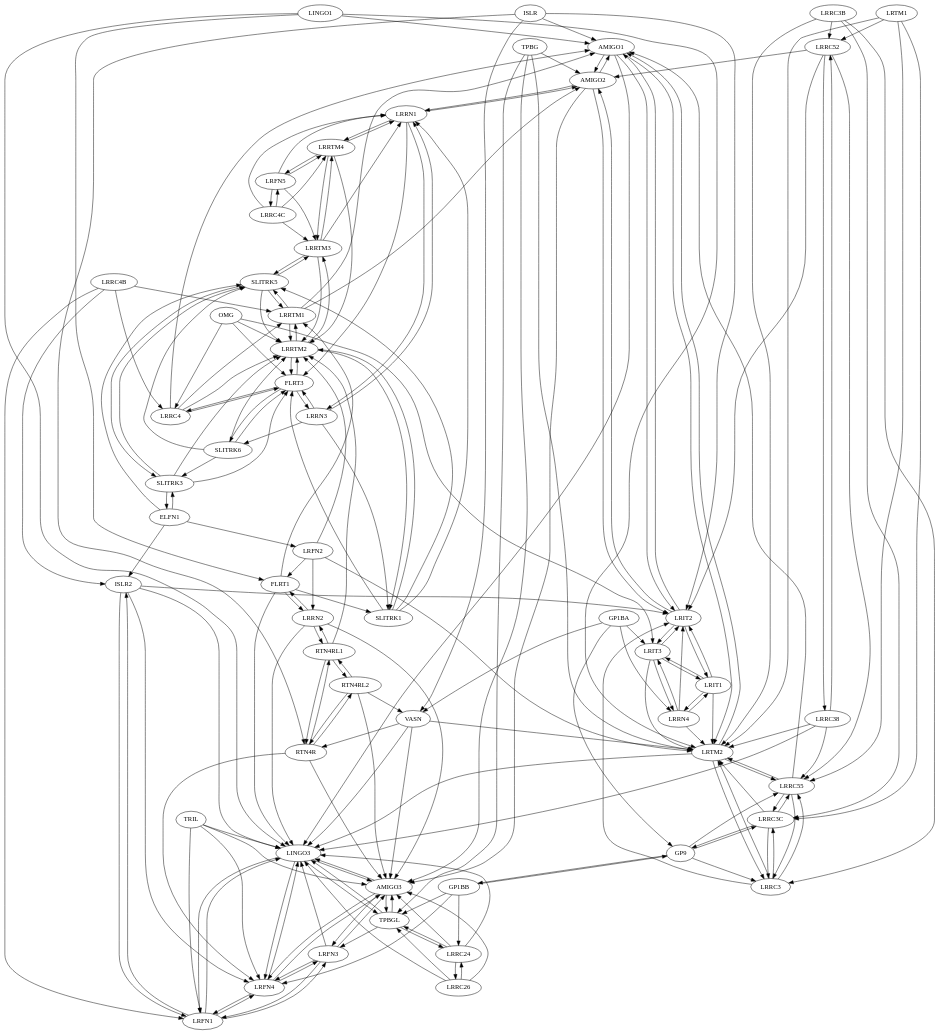
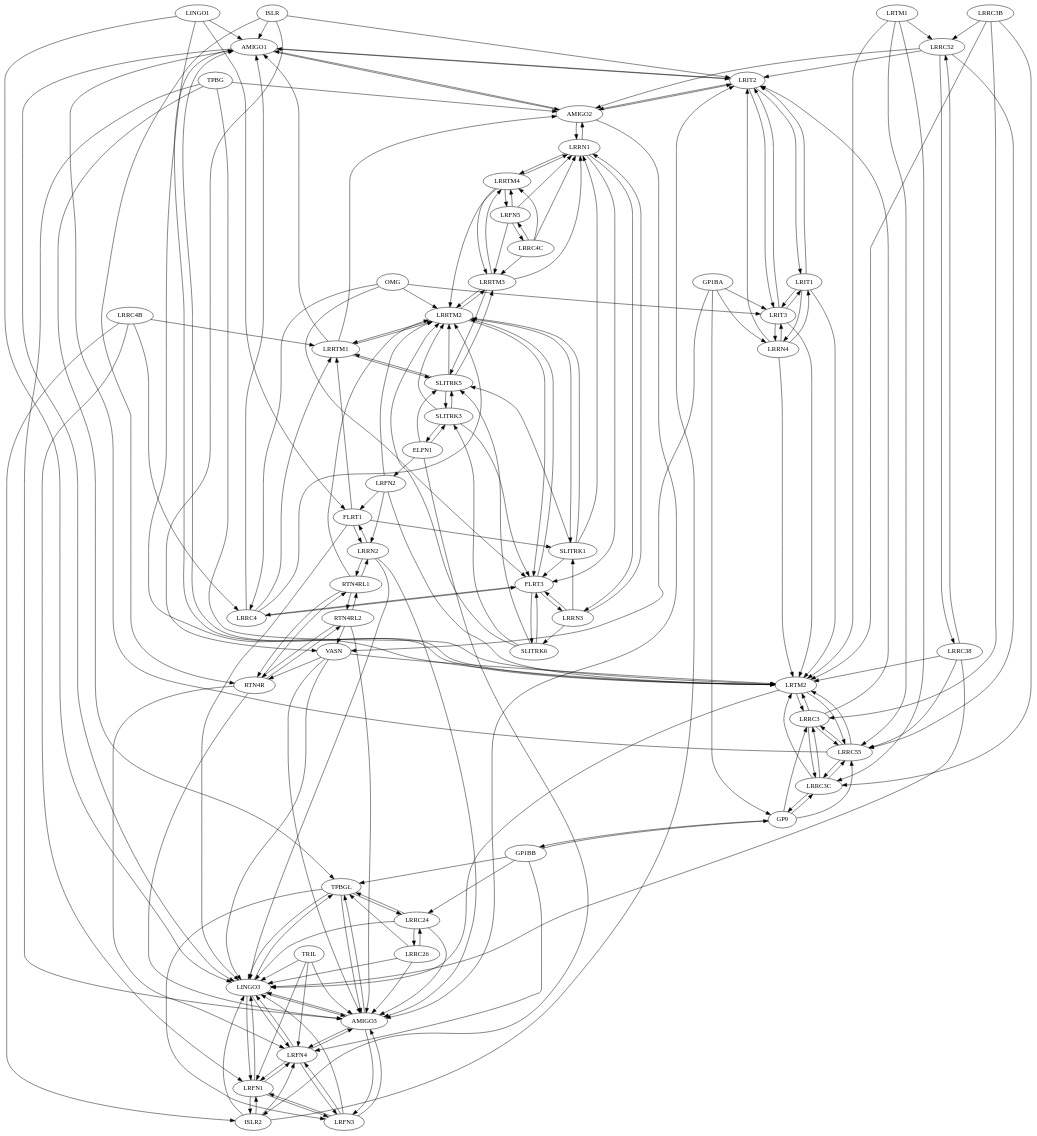
One commit to leonfrench/map-of-proteins-data changed the diagram in v6/graphs/84.graph.dot. Above: the diagram before and after it, drawn with Graphviz. The commit also changed 457 other files, not shown here.

```diff
--- a/v6/graphs/84.graph.dot
+++ b/v6/graphs/84.graph.dot
@@ -1,272 +1,272 @@
 digraph G {
-"AMIGO1" ["l"="95.722893,19.302599"]
-"AMIGO2" ["l"="94.985954,19.544884"]
-"AMIGO3" ["l"="94.842705,19.633533"]
-"ELFN1" ["l"="95.436813,19.746744"]
-"FLRT1" ["l"="95.468246,19.938883"]
-"FLRT3" ["l"="96.087975,20.035757"]
-"GP1BA" ["l"="94.647476,19.389175"]
-"GP1BB" ["l"="94.599190,19.426636"]
-"GP9" ["l"="94.403702,19.512655"]
-"ISLR" ["l"="94.782143,19.689484"]
-"ISLR2" ["l"="94.961746,19.440598"]
-"LINGO1" ["l"="95.532852,19.788317"]
-"LINGO3" ["l"="95.089470,19.718798"]
-"LRFN1" ["l"="95.128059,19.589090"]
-"LRFN2" ["l"="96.114090,19.429495"]
-"LRFN3" ["l"="94.818390,19.486101"]
-"LRFN4" ["l"="95.076668,19.582232"]
-"LRFN5" ["l"="96.132149,19.957636"]
-"LRIT1" ["l"="95.006203,19.307615"]
-"LRIT2" ["l"="94.318985,19.514246"]
-"LRIT3" ["l"="93.681992,18.850065"]
-"LRRC24" ["l"="94.612083,19.503046"]
-"LRRC26" ["l"="95.204956,19.672640"]
-"LRRC3" ["l"="94.648201,19.658979"]
-"LRRC38" ["l"="94.442505,19.412777"]
-"LRRC3B" ["l"="95.294983,19.452398"]
-"LRRC3C" ["l"="94.596710,19.572924"]
-"LRRC4" ["l"="95.877541,19.843510"]
-"LRRC4B" ["l"="95.493294,19.675047"]
-"LRRC4C" ["l"="96.638672,20.041033"]
-"LRRC52" ["l"="94.677856,19.499001"]
-"LRRC55" ["l"="95.003410,19.499233"]
-"LRRN1" ["l"="95.851990,19.890015"]
-"LRRN2" ["l"="95.283981,19.956097"]
-"LRRN3" ["l"="96.390083,20.158596"]
-"LRRN4" ["l"="94.823891,19.469584"]
-"LRRTM1" ["l"="95.968201,19.706749"]
-"LRRTM2" ["l"="95.965118,19.932671"]
-"LRRTM3" ["l"="96.633636,20.072645"]
-"LRRTM4" ["l"="97.013184,19.773424"]
-"LRTM1" ["l"="95.259346,19.648645"]
-"LRTM2" ["l"="95.097336,19.546936"]
-"OMG" ["l"="95.505775,19.715076"]
-"RTN4R" ["l"="95.209625,19.653223"]
-"RTN4RL1" ["l"="96.122055,19.518040"]
-"RTN4RL2" ["l"="95.081413,19.910637"]
-"SLITRK1" ["l"="95.625626,19.957966"]
-"SLITRK3" ["l"="96.152061,19.802523"]
-"SLITRK5" ["l"="96.578278,20.005308"]
-"SLITRK6" ["l"="96.634270,20.089108"]
-"TPBG" ["l"="95.136917,19.758223"]
-"TPBGL" ["l"="95.092972,19.570196"]
-"TRIL" ["l"="95.083435,19.626377"]
-"VASN" ["l"="94.512787,19.592710"]
-"AMIGO1" -> "LRIT2"
-"AMIGO1" -> "LRTM2"
-"AMIGO1" -> "AMIGO2"
-"AMIGO1" -> "LINGO3"
-"AMIGO2" -> "LRIT2"
-"AMIGO2" -> "AMIGO1"
-"AMIGO2" -> "AMIGO3"
-"AMIGO2" -> "LRRN1"
-"AMIGO3" -> "LINGO3"
-"AMIGO3" -> "LRFN3"
-"AMIGO3" -> "TPBGL"
-"AMIGO3" -> "LRFN4"
-"ELFN1" -> "SLITRK3"
-"ELFN1" -> "SLITRK5"
-"ELFN1" -> "ISLR2"
-"ELFN1" -> "LRFN2"
-"FLRT1" -> "LRRN2"
-"FLRT1" -> "LINGO3"
-"FLRT1" -> "LRRTM1"
-"FLRT1" -> "SLITRK1"
-"FLRT3" -> "LRRTM2"
-"FLRT3" -> "LRRC4"
-"FLRT3" -> "SLITRK6"
-"FLRT3" -> "LRRN3"
-"GP1BA" -> "LRRN4"
-"GP1BA" -> "VASN"
-"GP1BA" -> "LRIT3"
-"GP1BA" -> "GP9"
-"GP1BB" -> "GP9"
-"GP1BB" -> "TPBGL"
-"GP1BB" -> "LRRC24"
-"GP1BB" -> "LRFN4"
-"GP9" -> "LRRC3C"
-"GP9" -> "LRRC55"
-"GP9" -> "LRRC3"
-"GP9" -> "GP1BB"
-"ISLR" -> "LRIT2"
-"ISLR" -> "AMIGO1"
-"ISLR" -> "RTN4R"
-"ISLR" -> "VASN"
-"ISLR2" -> "LRFN1"
-"ISLR2" -> "LRFN4"
-"ISLR2" -> "LRIT2"
-"ISLR2" -> "LINGO3"
-"LINGO1" -> "LINGO3"
-"LINGO1" -> "AMIGO1"
-"LINGO1" -> "FLRT1"
-"LINGO1" -> "LRTM2"
-"LINGO3" -> "LRFN4"
-"LINGO3" -> "TPBGL"
-"LINGO3" -> "AMIGO3"
-"LINGO3" -> "LRFN1"
-"LRFN1" -> "LRFN3"
-"LRFN1" -> "LRFN4"
-"LRFN1" -> "ISLR2"
-"LRFN1" -> "LINGO3"
-"LRFN2" -> "FLRT1"
-"LRFN2" -> "LRRN2"
-"LRFN2" -> "LRTM2"
-"LRFN2" -> "LRRTM2"
-"LRFN3" -> "LRFN4"
-"LRFN3" -> "LRFN1"
-"LRFN3" -> "AMIGO3"
-"LRFN3" -> "LINGO3"
-"LRFN4" -> "LRFN3"
-"LRFN4" -> "LRFN1"
-"LRFN4" -> "LINGO3"
-"LRFN4" -> "AMIGO3"
-"LRFN5" -> "LRRTM4"
-"LRFN5" -> "LRRN1"
-"LRFN5" -> "LRRC4C"
-"LRFN5" -> "LRRTM3"
-"LRIT1" -> "LRIT2"
-"LRIT1" -> "LRRN4"
-"LRIT1" -> "LRIT3"
-"LRIT1" -> "LRTM2"
-"LRIT2" -> "LRIT3"
-"LRIT2" -> "AMIGO2"
-"LRIT2" -> "LRIT1"
-"LRIT2" -> "AMIGO1"
-"LRIT3" -> "LRIT2"
-"LRIT3" -> "LRIT1"
-"LRIT3" -> "LRTM2"
-"LRIT3" -> "LRRN4"
-"LRRC24" -> "AMIGO3"
-"LRRC24" -> "LINGO3"
-"LRRC24" -> "TPBGL"
-"LRRC24" -> "LRRC26"
-"LRRC26" -> "LRRC24"
-"LRRC26" -> "TPBGL"
-"LRRC26" -> "AMIGO3"
-"LRRC26" -> "LINGO3"
-"LRRC3" -> "LRRC55"
-"LRRC3" -> "LRTM2"
-"LRRC3" -> "LRIT2"
-"LRRC3" -> "LRRC3C"
-"LRRC38" -> "LRRC52"
-"LRRC38" -> "LRRC55"
-"LRRC38" -> "LRTM2"
-"LRRC38" -> "LINGO3"
-"LRRC3B" -> "LRTM2"
-"LRRC3B" -> "LRRC3"
-"LRRC3B" -> "LRRC52"
-"LRRC3B" -> "LRRC3C"
-"LRRC3C" -> "LRRC55"
-"LRRC3C" -> "LRTM2"
-"LRRC3C" -> "LRRC3"
-"LRRC3C" -> "GP9"
-"LRRC4" -> "FLRT3"
-"LRRC4" -> "AMIGO1"
-"LRRC4" -> "LRRTM2"
-"LRRC4" -> "LRRTM1"
-"LRRC4B" -> "ISLR2"
-"LRRC4B" -> "LRFN1"
-"LRRC4B" -> "LRRC4"
-"LRRC4B" -> "LRRTM1"
-"LRRC4C" -> "LRRTM4"
-"LRRC4C" -> "LRRTM3"
-"LRRC4C" -> "LRFN5"
-"LRRC4C" -> "LRRN1"
-"LRRC52" -> "LRRC38"
-"LRRC52" -> "LRRC55"
-"LRRC52" -> "AMIGO2"
-"LRRC52" -> "LRIT2"
-"LRRC55" -> "LRRC3"
-"LRRC55" -> "LRTM2"
-"LRRC55" -> "LRRC3C"
-"LRRC55" -> "AMIGO1"
-"LRRN1" -> "LRRN3"
-"LRRN1" -> "FLRT3"
-"LRRN1" -> "AMIGO2"
-"LRRN1" -> "LRRTM4"
-"LRRN2" -> "LINGO3"
-"LRRN2" -> "FLRT1"
-"LRRN2" -> "AMIGO3"
-"LRRN2" -> "RTN4RL1"
-"LRRN3" -> "LRRN1"
-"LRRN3" -> "FLRT3"
-"LRRN3" -> "SLITRK6"
-"LRRN3" -> "SLITRK1"
-"LRRN4" -> "LRIT1"
-"LRRN4" -> "LRIT2"
-"LRRN4" -> "LRTM2"
-"LRRN4" -> "LRIT3"
-"LRRTM1" -> "LRRTM2"
-"LRRTM1" -> "AMIGO1"
-"LRRTM1" -> "SLITRK5"
-"LRRTM1" -> "AMIGO2"
-"LRRTM2" -> "LRRTM3"
-"LRRTM2" -> "SLITRK1"
-"LRRTM2" -> "LRRTM1"
-"LRRTM2" -> "FLRT3"
-"LRRTM3" -> "LRRTM4"
-"LRRTM3" -> "LRRTM2"
-"LRRTM3" -> "SLITRK5"
-"LRRTM3" -> "LRRN1"
-"LRRTM4" -> "LRRTM3"
-"LRRTM4" -> "LRFN5"
-"LRRTM4" -> "LRRN1"
-"LRRTM4" -> "LRRTM2"
-"LRTM1" -> "LRRC55"
-"LRTM1" -> "LRTM2"
-"LRTM1" -> "LRRC52"
-"LRTM1" -> "LRRC3C"
-"LRTM2" -> "LRRC55"
-"LRTM2" -> "AMIGO1"
-"LRTM2" -> "LRRC3"
-"LRTM2" -> "LINGO3"
-"OMG" -> "LRIT3"
-"OMG" -> "LRRTM2"
-"OMG" -> "LRRC4"
-"OMG" -> "FLRT3"
-"RTN4R" -> "RTN4RL2"
-"RTN4R" -> "RTN4RL1"
-"RTN4R" -> "AMIGO3"
-"RTN4R" -> "LRFN4"
-"RTN4RL1" -> "RTN4R"
-"RTN4RL1" -> "RTN4RL2"
-"RTN4RL1" -> "LRRTM2"
-"RTN4RL1" -> "LRRN2"
-"RTN4RL2" -> "RTN4R"
-"RTN4RL2" -> "RTN4RL1"
-"RTN4RL2" -> "AMIGO3"
-"RTN4RL2" -> "VASN"
-"SLITRK1" -> "LRRTM2"
-"SLITRK1" -> "LRRN1"
-"SLITRK1" -> "SLITRK5"
-"SLITRK1" -> "FLRT3"
-"SLITRK3" -> "SLITRK5"
-"SLITRK3" -> "ELFN1"
-"SLITRK3" -> "FLRT3"
-"SLITRK3" -> "LRRTM2"
-"SLITRK5" -> "SLITRK3"
-"SLITRK5" -> "LRRTM2"
-"SLITRK5" -> "LRRTM3"
-"SLITRK5" -> "LRRTM1"
-"SLITRK6" -> "FLRT3"
-"SLITRK6" -> "SLITRK5"
-"SLITRK6" -> "SLITRK3"
-"SLITRK6" -> "LRRTM2"
-"TPBG" -> "AMIGO3"
-"TPBG" -> "AMIGO2"
-"TPBG" -> "LRTM2"
-"TPBG" -> "TPBGL"
-"TPBGL" -> "LINGO3"
-"TPBGL" -> "AMIGO3"
-"TPBGL" -> "LRFN3"
-"TPBGL" -> "LRRC24"
-"TRIL" -> "AMIGO3"
-"TRIL" -> "LRFN4"
-"TRIL" -> "LINGO3"
-"TRIL" -> "LRFN1"
-"VASN" -> "LINGO3"
-"VASN" -> "AMIGO3"
-"VASN" -> "RTN4R"
-"VASN" -> "LRTM2"
+"AMIGO1" -> "LRIT2";
+"AMIGO1" -> "LRTM2";
+"AMIGO1" -> "AMIGO2";
+"AMIGO1" -> "LINGO3";
+"AMIGO2" -> "LRIT2";
+"AMIGO2" -> "AMIGO1";
+"AMIGO2" -> "AMIGO3";
+"AMIGO2" -> "LRRN1";
+"AMIGO3" -> "LINGO3";
+"AMIGO3" -> "LRFN3";
+"AMIGO3" -> "TPBGL";
+"AMIGO3" -> "LRFN4";
+"ELFN1" -> "SLITRK3";
+"ELFN1" -> "SLITRK5";
+"ELFN1" -> "ISLR2";
+"ELFN1" -> "LRFN2";
+"FLRT1" -> "LRRN2";
+"FLRT1" -> "LINGO3";
+"FLRT1" -> "LRRTM1";
+"FLRT1" -> "SLITRK1";
+"FLRT3" -> "LRRTM2";
+"FLRT3" -> "LRRC4";
+"FLRT3" -> "SLITRK6";
+"FLRT3" -> "LRRN3";
+"GP1BA" -> "LRRN4";
+"GP1BA" -> "VASN";
+"GP1BA" -> "LRIT3";
+"GP1BA" -> "GP9";
+"GP1BB" -> "GP9";
+"GP1BB" -> "TPBGL";
+"GP1BB" -> "LRRC24";
+"GP1BB" -> "LRFN4";
+"GP9" -> "LRRC3C";
+"GP9" -> "LRRC55";
+"GP9" -> "LRRC3";
+"GP9" -> "GP1BB";
+"ISLR" -> "LRIT2";
+"ISLR" -> "AMIGO1";
+"ISLR" -> "RTN4R";
+"ISLR" -> "VASN";
+"ISLR2" -> "LRFN1";
+"ISLR2" -> "LRFN4";
+"ISLR2" -> "LRIT2";
+"ISLR2" -> "LINGO3";
+"LINGO1" -> "LINGO3";
+"LINGO1" -> "AMIGO1";
+"LINGO1" -> "FLRT1";
+"LINGO1" -> "LRTM2";
+"LINGO3" -> "LRFN4";
+"LINGO3" -> "TPBGL";
+"LINGO3" -> "AMIGO3";
+"LINGO3" -> "LRFN1";
+"LRFN1" -> "LRFN3";
+"LRFN1" -> "LRFN4";
+"LRFN1" -> "ISLR2";
+"LRFN1" -> "LINGO3";
+"LRFN2" -> "FLRT1";
+"LRFN2" -> "LRRN2";
+"LRFN2" -> "LRTM2";
+"LRFN2" -> "LRRTM2";
+"LRFN3" -> "LRFN4";
+"LRFN3" -> "LRFN1";
+"LRFN3" -> "AMIGO3";
+"LRFN3" -> "LINGO3";
+"LRFN4" -> "LRFN3";
+"LRFN4" -> "LRFN1";
+"LRFN4" -> "LINGO3";
+"LRFN4" -> "AMIGO3";
+"LRFN5" -> "LRRTM4";
+"LRFN5" -> "LRRN1";
+"LRFN5" -> "LRRC4C";
+"LRFN5" -> "LRRTM3";
+"LRIT1" -> "LRIT2";
+"LRIT1" -> "LRRN4";
+"LRIT1" -> "LRIT3";
+"LRIT1" -> "LRTM2";
+"LRIT2" -> "LRIT3";
+"LRIT2" -> "AMIGO2";
+"LRIT2" -> "LRIT1";
+"LRIT2" -> "AMIGO1";
+"LRIT3" -> "LRIT2";
+"LRIT3" -> "LRIT1";
+"LRIT3" -> "LRTM2";
+"LRIT3" -> "LRRN4";
+"LRRC24" -> "AMIGO3";
+"LRRC24" -> "LINGO3";
+"LRRC24" -> "TPBGL";
+"LRRC24" -> "LRRC26";
+"LRRC26" -> "LRRC24";
+"LRRC26" -> "TPBGL";
+"LRRC26" -> "AMIGO3";
+"LRRC26" -> "LINGO3";
+"LRRC3" -> "LRRC55";
+"LRRC3" -> "LRTM2";
+"LRRC3" -> "LRIT2";
+"LRRC3" -> "LRRC3C";
+"LRRC38" -> "LRRC52";
+"LRRC38" -> "LRRC55";
+"LRRC38" -> "LRTM2";
+"LRRC38" -> "LINGO3";
+"LRRC3B" -> "LRTM2";
+"LRRC3B" -> "LRRC3";
+"LRRC3B" -> "LRRC52";
+"LRRC3B" -> "LRRC3C";
+"LRRC3C" -> "LRRC55";
+"LRRC3C" -> "LRTM2";
+"LRRC3C" -> "LRRC3";
+"LRRC3C" -> "GP9";
+"LRRC4" -> "FLRT3";
+"LRRC4" -> "AMIGO1";
+"LRRC4" -> "LRRTM2";
+"LRRC4" -> "LRRTM1";
+"LRRC4B" -> "ISLR2";
+"LRRC4B" -> "LRFN1";
+"LRRC4B" -> "LRRC4";
+"LRRC4B" -> "LRRTM1";
+"LRRC4C" -> "LRRTM4";
+"LRRC4C" -> "LRRTM3";
+"LRRC4C" -> "LRFN5";
+"LRRC4C" -> "LRRN1";
+"LRRC52" -> "LRRC38";
+"LRRC52" -> "LRRC55";
+"LRRC52" -> "AMIGO2";
+"LRRC52" -> "LRIT2";
+"LRRC55" -> "LRRC3";
+"LRRC55" -> "LRTM2";
+"LRRC55" -> "LRRC3C";
+"LRRC55" -> "AMIGO1";
+"LRRN1" -> "LRRN3";
+"LRRN1" -> "FLRT3";
+"LRRN1" -> "AMIGO2";
+"LRRN1" -> "LRRTM4";
+"LRRN2" -> "LINGO3";
+"LRRN2" -> "FLRT1";
+"LRRN2" -> "AMIGO3";
+"LRRN2" -> "RTN4RL1";
+"LRRN3" -> "LRRN1";
+"LRRN3" -> "FLRT3";
+"LRRN3" -> "SLITRK6";
+"LRRN3" -> "SLITRK1";
+"LRRN4" -> "LRIT1";
+"LRRN4" -> "LRIT2";
+"LRRN4" -> "LRTM2";
+"LRRN4" -> "LRIT3";
+"LRRTM1" -> "LRRTM2";
+"LRRTM1" -> "AMIGO1";
+"LRRTM1" -> "SLITRK5";
+"LRRTM1" -> "AMIGO2";
+"LRRTM2" -> "LRRTM3";
+"LRRTM2" -> "SLITRK1";
+"LRRTM2" -> "LRRTM1";
+"LRRTM2" -> "FLRT3";
+"LRRTM3" -> "LRRTM4";
+"LRRTM3" -> "LRRTM2";
+"LRRTM3" -> "SLITRK5";
+"LRRTM3" -> "LRRN1";
+"LRRTM4" -> "LRRTM3";
+"LRRTM4" -> "LRFN5";
+"LRRTM4" -> "LRRN1";
+"LRRTM4" -> "LRRTM2";
+"LRTM1" -> "LRRC55";
+"LRTM1" -> "LRTM2";
+"LRTM1" -> "LRRC52";
+"LRTM1" -> "LRRC3C";
+"LRTM2" -> "LRRC55";
+"LRTM2" -> "AMIGO1";
+"LRTM2" -> "LRRC3";
+"LRTM2" -> "LINGO3";
+"OMG" -> "LRIT3";
+"OMG" -> "LRRTM2";
+"OMG" -> "LRRC4";
+"OMG" -> "FLRT3";
+"RTN4R" -> "RTN4RL2";
+"RTN4R" -> "RTN4RL1";
+"RTN4R" -> "AMIGO3";
+"RTN4R" -> "LRFN4";
+"RTN4RL1" -> "RTN4R";
+"RTN4RL1" -> "RTN4RL2";
+"RTN4RL1" -> "LRRTM2";
+"RTN4RL1" -> "LRRN2";
+"RTN4RL2" -> "RTN4R";
+"RTN4RL2" -> "RTN4RL1";
+"RTN4RL2" -> "AMIGO3";
+"RTN4RL2" -> "VASN";
+"SLITRK1" -> "LRRTM2";
+"SLITRK1" -> "LRRN1";
+"SLITRK1" -> "SLITRK5";
+"SLITRK1" -> "FLRT3";
+"SLITRK3" -> "SLITRK5";
+"SLITRK3" -> "ELFN1";
+"SLITRK3" -> "FLRT3";
+"SLITRK3" -> "LRRTM2";
+"SLITRK5" -> "SLITRK3";
+"SLITRK5" -> "LRRTM2";
+"SLITRK5" -> "LRRTM3";
+"SLITRK5" -> "LRRTM1";
+"SLITRK6" -> "FLRT3";
+"SLITRK6" -> "SLITRK5";
+"SLITRK6" -> "SLITRK3";
+"SLITRK6" -> "LRRTM2";
+"TPBG" -> "AMIGO3";
+"TPBG" -> "AMIGO2";
+"TPBG" -> "LRTM2";
+"TPBG" -> "TPBGL";
+"TPBGL" -> "LINGO3";
+"TPBGL" -> "AMIGO3";
+"TPBGL" -> "LRFN3";
+"TPBGL" -> "LRRC24";
+"TRIL" -> "AMIGO3";
+"TRIL" -> "LRFN4";
+"TRIL" -> "LINGO3";
+"TRIL" -> "LRFN1";
+"VASN" -> "LINGO3";
+"VASN" -> "AMIGO3";
+"VASN" -> "RTN4R";
+"VASN" -> "LRTM2";
+"AMIGO1" ["l"="95.722893,19.302599"];
+"AMIGO2" ["l"="94.985954,19.544884"];
+"AMIGO3" ["l"="94.842705,19.633533"];
+"ELFN1" ["l"="95.436813,19.746744"];
+"FLRT1" ["l"="95.468246,19.938883"];
+"FLRT3" ["l"="96.087975,20.035757"];
+"GP1BA" ["l"="94.647476,19.389175"];
+"GP1BB" ["l"="94.599190,19.426636"];
+"GP9" ["l"="94.403702,19.512655"];
+"ISLR" ["l"="94.782143,19.689484"];
+"ISLR2" ["l"="94.961746,19.440598"];
+"LINGO1" ["l"="95.532852,19.788317"];
+"LINGO3" ["l"="95.089470,19.718798"];
+"LRFN1" ["l"="95.128059,19.589090"];
+"LRFN2" ["l"="96.114090,19.429495"];
+"LRFN3" ["l"="94.818390,19.486101"];
+"LRFN4" ["l"="95.076668,19.582232"];
+"LRFN5" ["l"="96.132149,19.957636"];
+"LRIT1" ["l"="95.006203,19.307615"];
+"LRIT2" ["l"="94.318985,19.514246"];
+"LRIT3" ["l"="93.681992,18.850065"];
+"LRRC24" ["l"="94.612083,19.503046"];
+"LRRC26" ["l"="95.204956,19.672640"];
+"LRRC3" ["l"="94.648201,19.658979"];
+"LRRC38" ["l"="94.442505,19.412777"];
+"LRRC3B" ["l"="95.294983,19.452398"];
+"LRRC3C" ["l"="94.596710,19.572924"];
+"LRRC4" ["l"="95.877541,19.843510"];
+"LRRC4B" ["l"="95.493294,19.675047"];
+"LRRC4C" ["l"="96.638672,20.041033"];
+"LRRC52" ["l"="94.677856,19.499001"];
+"LRRC55" ["l"="95.003410,19.499233"];
+"LRRN1" ["l"="95.851990,19.890015"];
+"LRRN2" ["l"="95.283981,19.956097"];
+"LRRN3" ["l"="96.390083,20.158596"];
+"LRRN4" ["l"="94.823891,19.469584"];
+"LRRTM1" ["l"="95.968201,19.706749"];
+"LRRTM2" ["l"="95.965118,19.932671"];
+"LRRTM3" ["l"="96.633636,20.072645"];
+"LRRTM4" ["l"="97.013184,19.773424"];
+"LRTM1" ["l"="95.259346,19.648645"];
+"LRTM2" ["l"="95.097336,19.546936"];
+"OMG" ["l"="95.505775,19.715076"];
+"RTN4R" ["l"="95.209625,19.653223"];
+"RTN4RL1" ["l"="96.122055,19.518040"];
+"RTN4RL2" ["l"="95.081413,19.910637"];
+"SLITRK1" ["l"="95.625626,19.957966"];
+"SLITRK3" ["l"="96.152061,19.802523"];
+"SLITRK5" ["l"="96.578278,20.005308"];
+"SLITRK6" ["l"="96.634270,20.089108"];
+"TPBG" ["l"="95.136917,19.758223"];
+"TPBGL" ["l"="95.092972,19.570196"];
+"TRIL" ["l"="95.083435,19.626377"];
+"VASN" ["l"="94.512787,19.592710"];
 }
```
